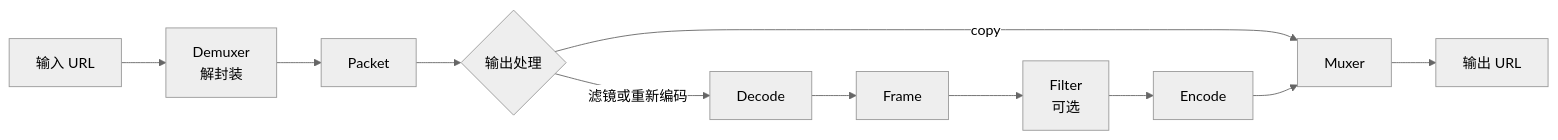
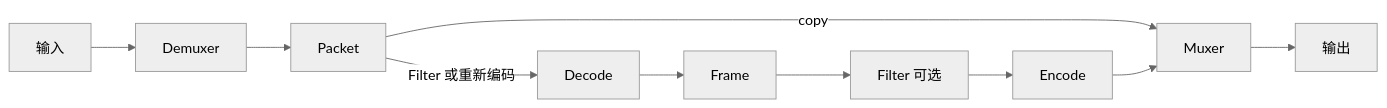
Before and after one commit to flycodeu/FlyCodeCenter: the first of 2 diagrams in src/content/tutorial/ffmpeg/05-参数体系与命令结构.md, drawn with Mermaid (neutral theme). The commit also changed other lines of this file and 10 other files, not shown here.

````diff
--- a/src/content/tutorial/ffmpeg/05-参数体系与命令结构.md
+++ b/src/content/tutorial/ffmpeg/05-参数体系与命令结构.md
@@ -60,13 +70,12 @@
 ```mermaid
 flowchart LR
-  A[输入 URL] --> B[Demuxer<br/>解封装]
+  A[输入] --> B[Demuxer]
   B --> C[Packet]
-  C --> D{输出处理}
-  D -->|copy| E[Muxer]
-  D -->|滤镜或重新编码| F[Decode]
+  C -->|copy| E[Muxer]
+  C -->|Filter 或重新编码| F[Decode]
   F --> G[Frame]
-  G --> H[Filter<br/>可选]
+  G --> H[Filter 可选]
   H --> I[Encode]
   I --> E
-  E --> J[输出 URL]
+  E --> J[输出]
 ```
````
